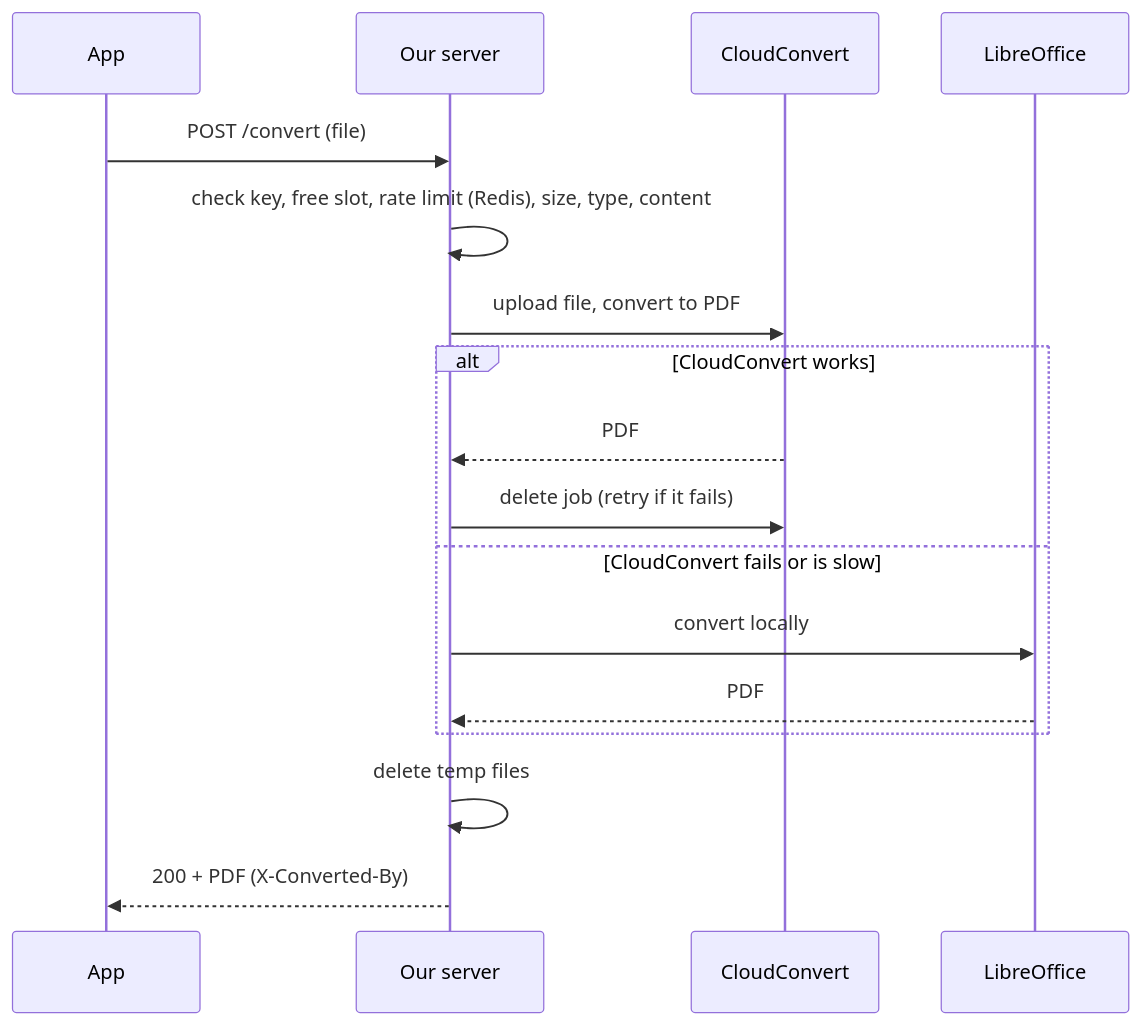
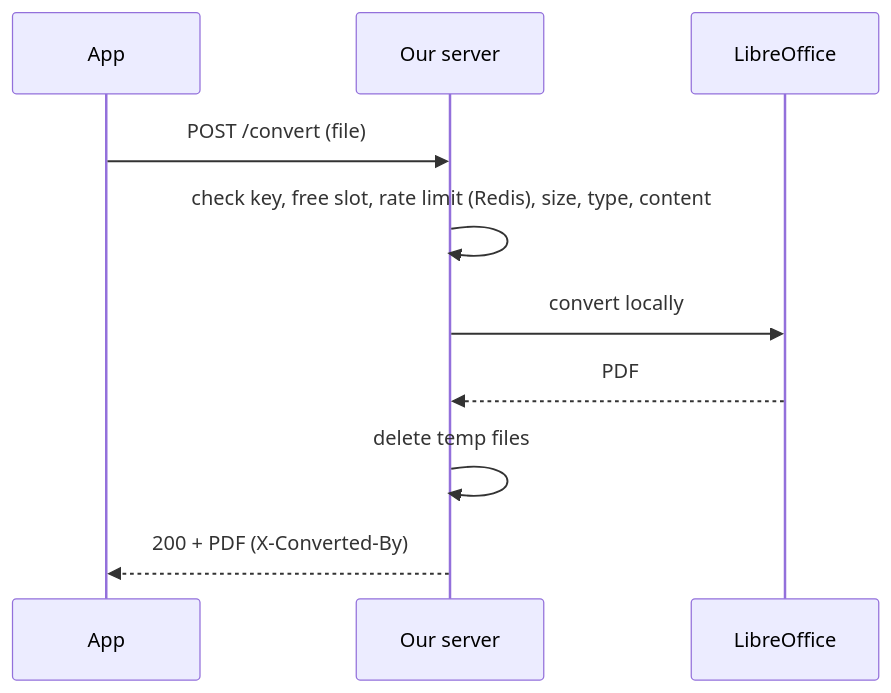
Before and after one commit to Tisobyn/LibraPDF-Converter: the second of 3 diagrams in docs/ARCHITECTURE.md, drawn with Mermaid. The commit also changed other lines of this file and 23 other files, not shown here.

First line of the commit message:
Remove CloudConvert, convert with LibreOffice only

````diff
--- a/docs/ARCHITECTURE.md
+++ b/docs/ARCHITECTURE.md
@@ -30,20 +26,13 @@
 ```mermaid
 sequenceDiagram
     participant App as App
     participant API as Our server
-    participant CC as CloudConvert
     participant LO as LibreOffice
 
     App->>API: POST /convert (file)
     API->>API: check key, free slot, rate limit (Redis), size, type, content
-    API->>CC: upload file, convert to PDF
-    alt CloudConvert works
-        CC-->>API: PDF
-        API->>CC: delete job (retry if it fails)
-    else CloudConvert fails or is slow
-        API->>LO: convert locally
-        LO-->>API: PDF
-    end
+    API->>LO: convert locally
+    LO-->>API: PDF
     API->>API: delete temp files
     API-->>App: 200 + PDF (X-Converted-By)
 ```
````
